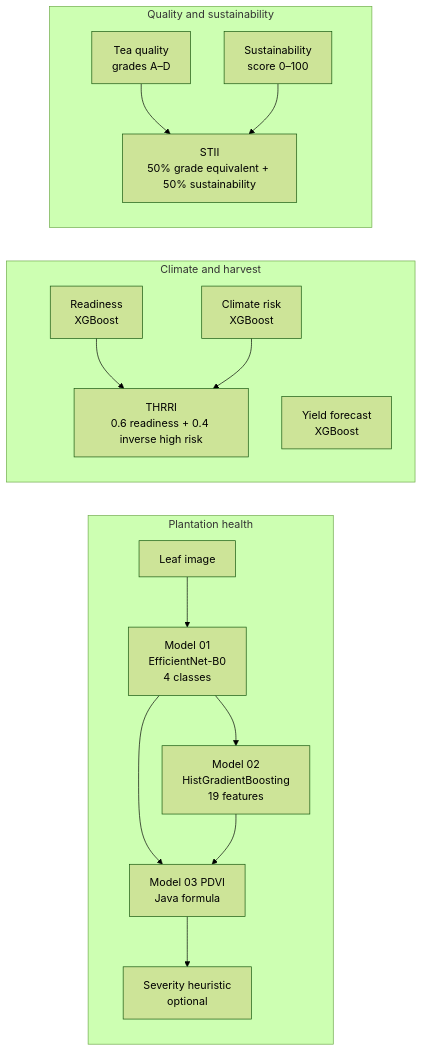
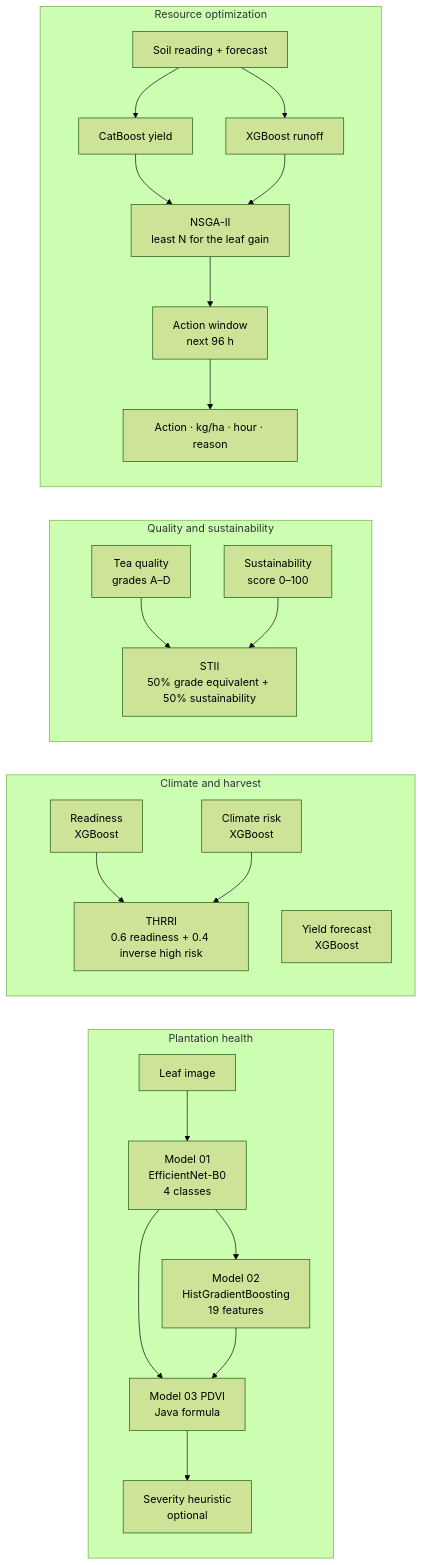
Before and after one commit to yugensuresh/smarttea-lk-ai: the second of 4 diagrams in README.md, drawn with Mermaid (forest theme). The commit also changed other lines of this file, not shown here.

````diff
--- a/README.md
+++ b/README.md
@@ -119,21 +183,30 @@
 ```mermaid
 flowchart LR
   subgraph health [Plantation health]
     Leaf["Leaf image"] --> Disease["Model 01<br/>EfficientNet-B0<br/>4 classes"]
     Disease --> Risk["Model 02<br/>HistGradientBoosting<br/>19 features"]
     Disease --> Pdvi["Model 03 PDVI<br/>Java formula"]
     Risk --> Pdvi
     Pdvi --> Sev["Severity heuristic<br/>optional"]
   end
 
   subgraph harvest [Climate and harvest]
     Ready["Readiness<br/>XGBoost"] --> Thrri["THRRI<br/>0.6 readiness + 0.4 inverse high risk"]
     Climate["Climate risk<br/>XGBoost"] --> Thrri
     Yield["Yield forecast<br/>XGBoost"]
   end
 
   subgraph quality [Quality and sustainability]
     Grade["Tea quality<br/>grades A–D"] --> Stii["STII<br/>50% grade equivalent + 50% sustainability"]
     Sustain["Sustainability<br/>score 0–100"] --> Stii
   end
+
+  subgraph resources [Resource optimization]
+    Soil["Soil reading + forecast"] --> Yield04["CatBoost yield"]
+    Soil --> Runoff["XGBoost runoff"]
+    Yield04 --> Nsga["NSGA-II<br/>least N for the leaf gain"]
+    Runoff --> Nsga
+    Nsga --> Window["Action window<br/>next 96 h"]
+    Window --> Plan["Action · kg/ha · hour · reason"]
+  end
 ```
````
